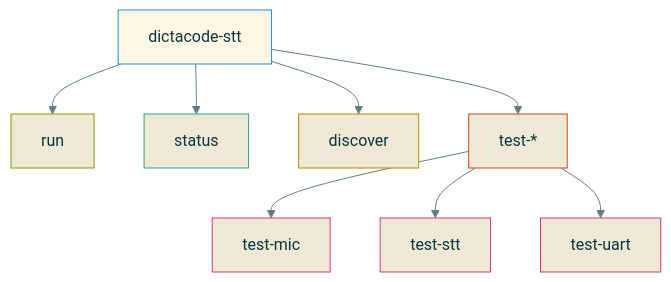
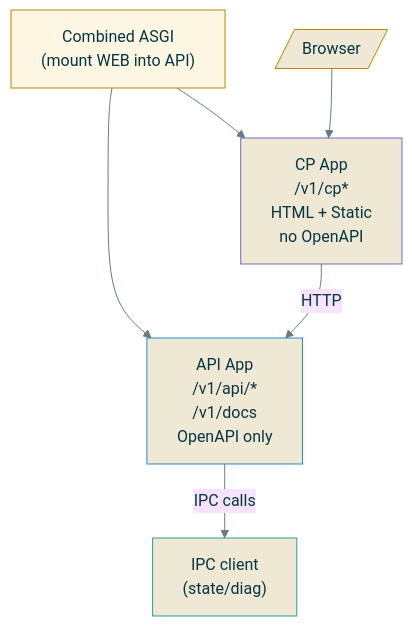
The fifth of 18 diagrams in docs/diagrams.md (cprima-homelab/dictacode), drawn with Mermaid before and after one commit. The commit also changed other lines of this file and 3 other files, not shown here.

First line of the commit message:
Add architecture plans v0.3.10-v0.3.11 and code map tool

````diff
--- a/docs/diagrams.md
+++ b/docs/diagrams.md
@@ -138,29 +164,21 @@
 ```mermaid
 %%{init: {'theme': 'base', 'themeVariables': { 'primaryColor': '#fdf6e3', 'primaryTextColor': '#073642', 'primaryBorderColor': '#268bd2', 'lineColor': '#657b83'}}}%%
 flowchart TB
-    CLI["dictacode-stt"]
-    RUN["run"]
-    STATUS["status"]
-    DISCOVER["discover"]
-    TEST["test-*"]
-    TESTMIC["test-mic"]
-    TESTSTT["test-stt"]
-    TESTUART["test-uart"]
+    API["API App\n/v1/api/*\n/v1/docs\nOpenAPI only"]
+    WEB["CP App\n/v1/cp*\nHTML + Static\nno OpenAPI"]
+    COMB["Combined ASGI\n(mount WEB into API)"]
+    BROWSER[/"Browser"/]
+    IPC["IPC client\n(state/diag)"]
 
-    CLI --> RUN
-    CLI --> STATUS
-    CLI --> DISCOVER
-    CLI --> TEST
-    TEST --> TESTMIC
-    TEST --> TESTSTT
-    TEST --> TESTUART
+    COMB --> API
+    COMB --> WEB
+    WEB -->|HTTP| API
+    API -->|IPC calls| IPC
+    BROWSER --> WEB
 
-    style CLI fill:#fdf6e3,stroke:#268bd2,color:#073642
-    style RUN fill:#eee8d5,stroke:#859900,color:#073642
-    style STATUS fill:#eee8d5,stroke:#2aa198,color:#073642
-    style DISCOVER fill:#eee8d5,stroke:#b58900,color:#073642
-    style TEST fill:#eee8d5,stroke:#cb4b16,color:#073642
-    style TESTMIC fill:#eee8d5,stroke:#d33682,color:#073642
-    style TESTSTT fill:#eee8d5,stroke:#d33682,color:#073642
-    style TESTUART fill:#eee8d5,stroke:#d33682,color:#073642
+    style API fill:#eee8d5,stroke:#268bd2,color:#073642
+    style WEB fill:#eee8d5,stroke:#6c71c4,color:#073642
+    style COMB fill:#fdf6e3,stroke:#b58900,color:#073642
+    style BROWSER fill:#eee8d5,stroke:#b58900,color:#073642
+    style IPC fill:#eee8d5,stroke:#2aa198,color:#073642
 ```
````
